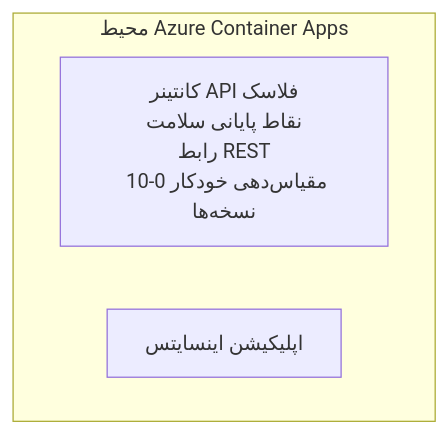
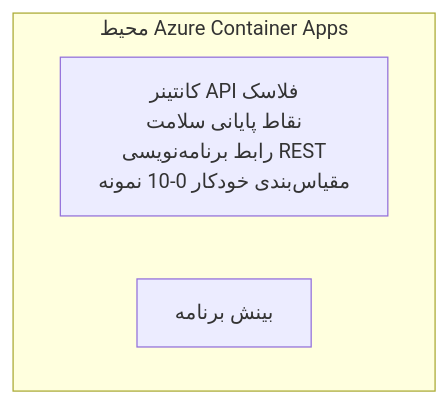
The diagram in translations/fa/examples/container-app/simple-flask-api/README.md (microsoft/AZD-for-beginners), drawn with Mermaid before and after one commit. The commit also changed other lines of this file and 104 other files, not shown here.

````diff
--- a/translations/fa/examples/container-app/simple-flask-api/README.md
+++ b/translations/fa/examples/container-app/simple-flask-api/README.md
@@ -26,7 +26,7 @@
 ```mermaid
 graph TD
     subgraph ACA[محیط Azure Container Apps]
-        Flask[کانتینر API فلاسک<br/>نقاط پایانی سلامت<br/>رابط REST<br/>مقیاس‌دهی خودکار 0-10 نسخه‌ها]
-        AppInsights[اپلیکیشن اینسایتس]
+        Flask[کانتینر API فلاسک<br/>نقاط پایانی سلامت<br/>رابط برنامه‌نویسی REST<br/>مقیاس‌بندی خودکار 0-10 نمونه]
+        AppInsights[بینش برنامه]
     end
 ```
````
